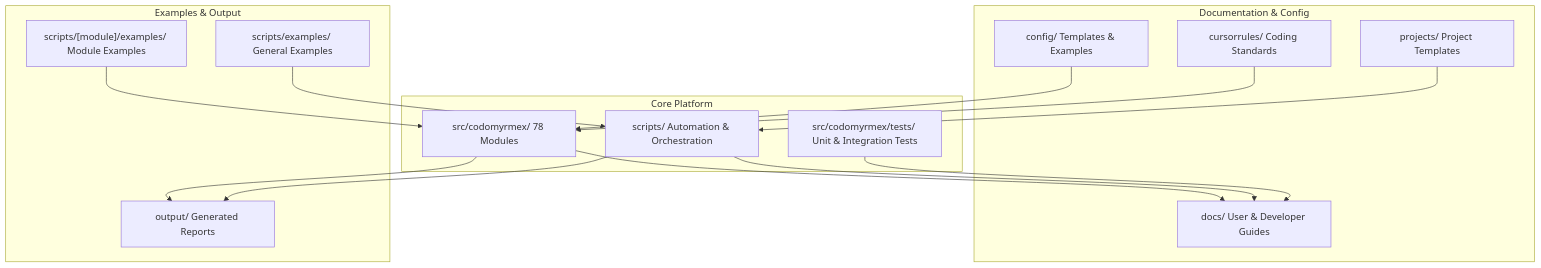
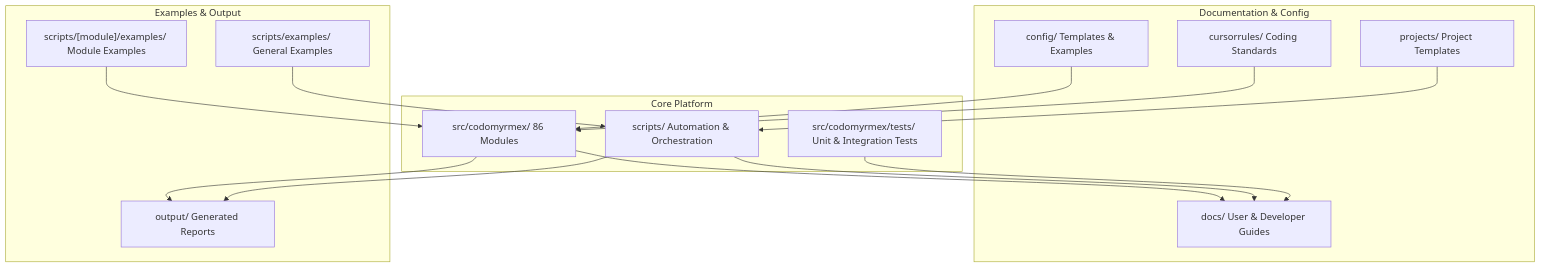
One commit to docxology/codomyrmex changed the seventh of 12 diagrams in README.md. Above: the diagram before and after it, drawn with Mermaid. The commit also changed other lines of this file and 146 other files, not shown here.

````diff
--- a/README.md
+++ b/README.md
@@ -1030,32 +1030,32 @@
 ```mermaid
 graph TD
     subgraph corePlatform ["Core Platform"]
-        CoreSrc["src/codomyrmex/ 78 Modules"]
+        CoreSrc["src/codomyrmex/ 86 Modules"]
         CoreScripts["scripts/ Automation & Orchestration"]
         CoreTests["src/codomyrmex/tests/ Unit & Integration Tests"]
     end
 
     subgraph docsConfig ["Documentation & Config"]
         Docs["docs/ User & Developer Guides"]
         Config["config/ Templates & Examples"]
         Rules["cursorrules/ Coding Standards"]
         Projects["projects/ Project Templates"]
     end
 
     subgraph examplesOutput ["Examples & Output"]
         ModuleExamples["scripts/[module]/examples/ Module Examples"]
         Output["output/ Generated Reports"]
         ScriptsExamples["scripts/examples/ General Examples"]
     end
 
     CoreSrc --> Docs
     CoreScripts --> Docs
     CoreTests --> Docs
     Config --> CoreSrc
     Rules --> CoreSrc
     Projects --> CoreScripts
     ModuleExamples --> CoreSrc
     ScriptsExamples --> CoreScripts
     CoreSrc --> Output
     CoreScripts --> Output
 ```
````
